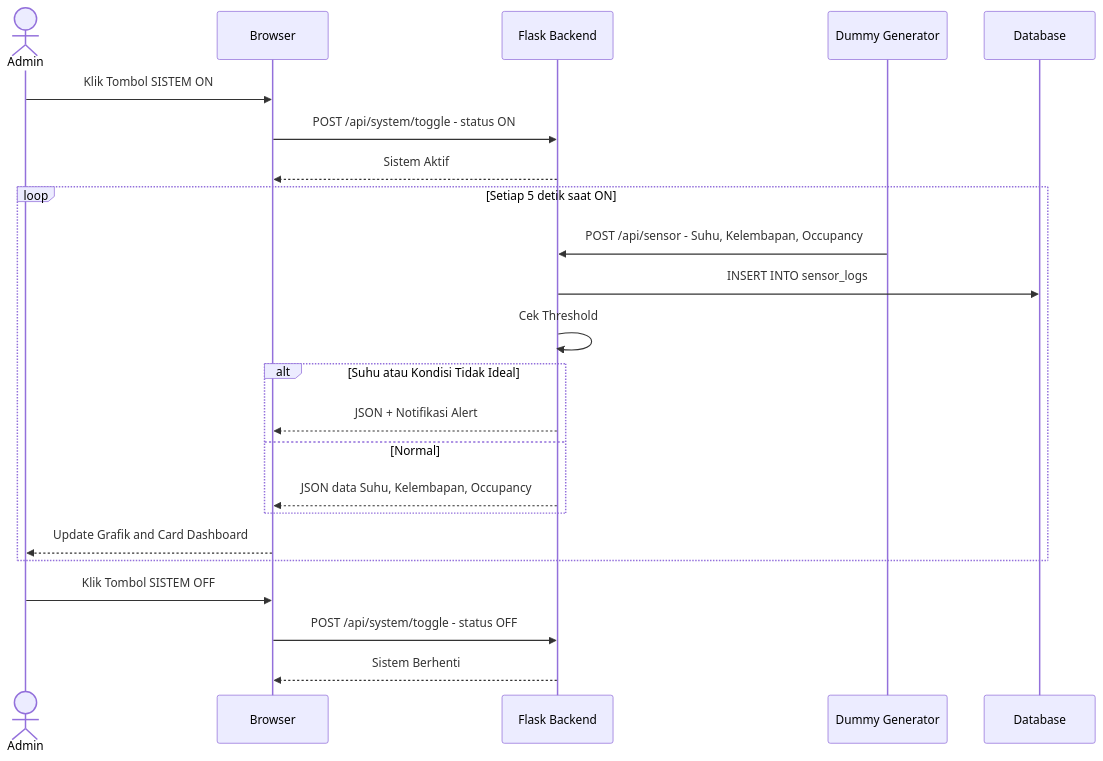
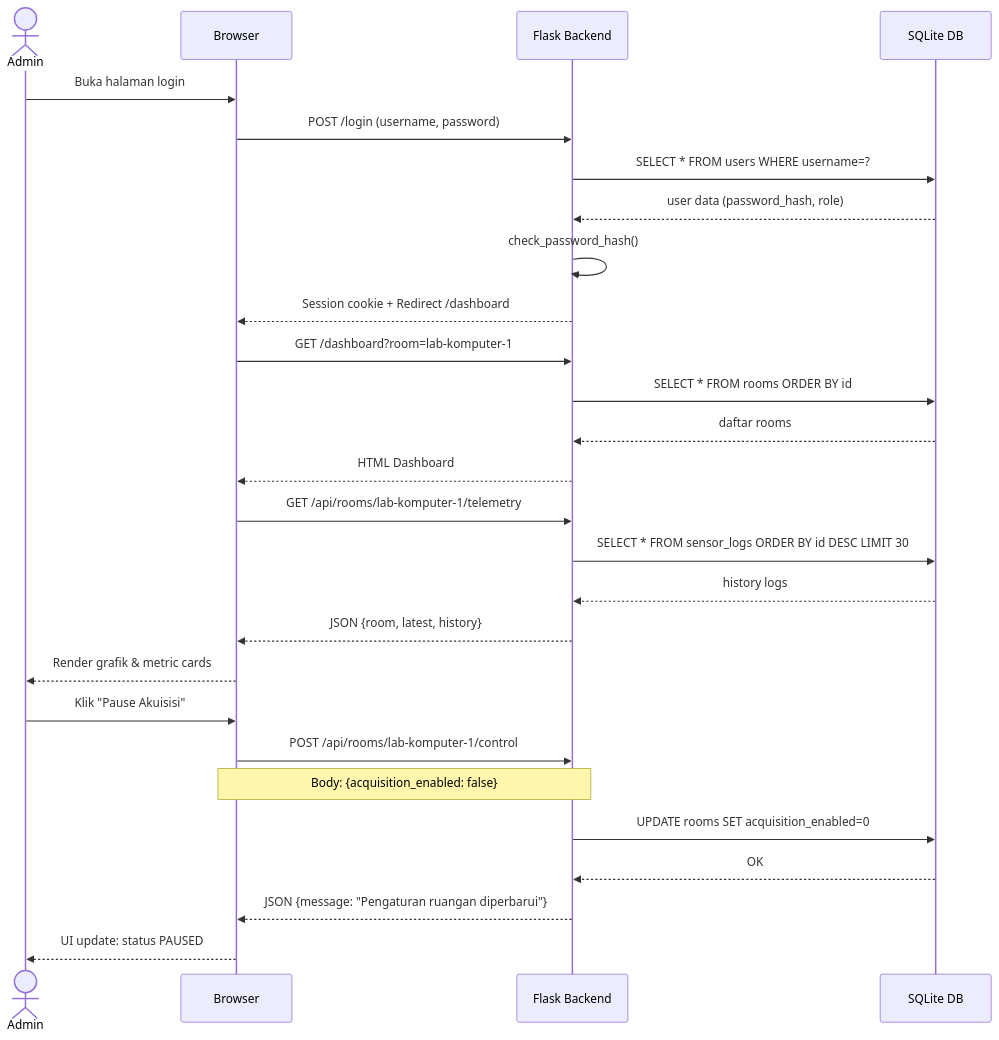
Before and after one commit to RPLUNIT052026/kelompok4-digitaltwin: the third of 6 diagrams in sprint-2/System_Modeling/01-analisis-sistem.md, drawn with Mermaid. The commit also changed other lines of this file, not shown here.

First line of the commit message:
Revise system analysis documentation for Digital Twin

````diff
--- a/sprint-2/System_Modeling/01-analisis-sistem.md
+++ b/sprint-2/System_Modeling/01-analisis-sistem.md
@@ -74,30 +145,31 @@
 ```mermaid
 sequenceDiagram
     actor Admin
     participant B as Browser
     participant F as Flask Backend
-    participant G as Dummy Generator
-    participant D as Database
-    
-    Admin->>B: Klik Tombol SISTEM ON
-    B->>F: POST /api/system/toggle - status ON
-    F-->>B: Sistem Aktif
-    
-    loop Setiap 5 detik saat ON
-        G->>F: POST /api/sensor - Suhu, Kelembapan, Occupancy
-        F->>D: INSERT INTO sensor_logs
-        F->>F: Cek Threshold
-        
-        alt Suhu atau Kondisi Tidak Ideal
-            F-->>B: JSON + Notifikasi Alert
-        else Normal
-            F-->>B: JSON data Suhu, Kelembapan, Occupancy
-        end
-        
-        B-->>Admin: Update Grafik and Card Dashboard
-    end
-    
-    Admin->>B: Klik Tombol SISTEM OFF
-    B->>F: POST /api/system/toggle - status OFF
-    F-->>B: Sistem Berhenti
+    participant D as SQLite DB
+
+    Admin->>B: Buka halaman login
+    B->>F: POST /login (username, password)
+    F->>D: SELECT * FROM users WHERE username=?
+    D-->>F: user data (password_hash, role)
+    F->>F: check_password_hash()
+    F-->>B: Session cookie + Redirect /dashboard
+    B->>F: GET /dashboard?room=lab-komputer-1
+    F->>D: SELECT * FROM rooms ORDER BY id
+    D-->>F: daftar rooms
+    F-->>B: HTML Dashboard
+    B->>F: GET /api/rooms/lab-komputer-1/telemetry
+    F->>D: SELECT * FROM sensor_logs ORDER BY id DESC LIMIT 30
+    D-->>F: history logs
+    F-->>B: JSON {room, latest, history}
+    B-->>Admin: Render grafik & metric cards
+
+    Admin->>B: Klik "Pause Akuisisi"
+    B->>F: POST /api/rooms/lab-komputer-1/control
+    Note over B,F: Body: {acquisition_enabled: false}
+    F->>D: UPDATE rooms SET acquisition_enabled=0
+    D-->>F: OK
+    F-->>B: JSON {message: "Pengaturan ruangan diperbarui"}
+    B-->>Admin: UI update: status PAUSED
 ```
````
